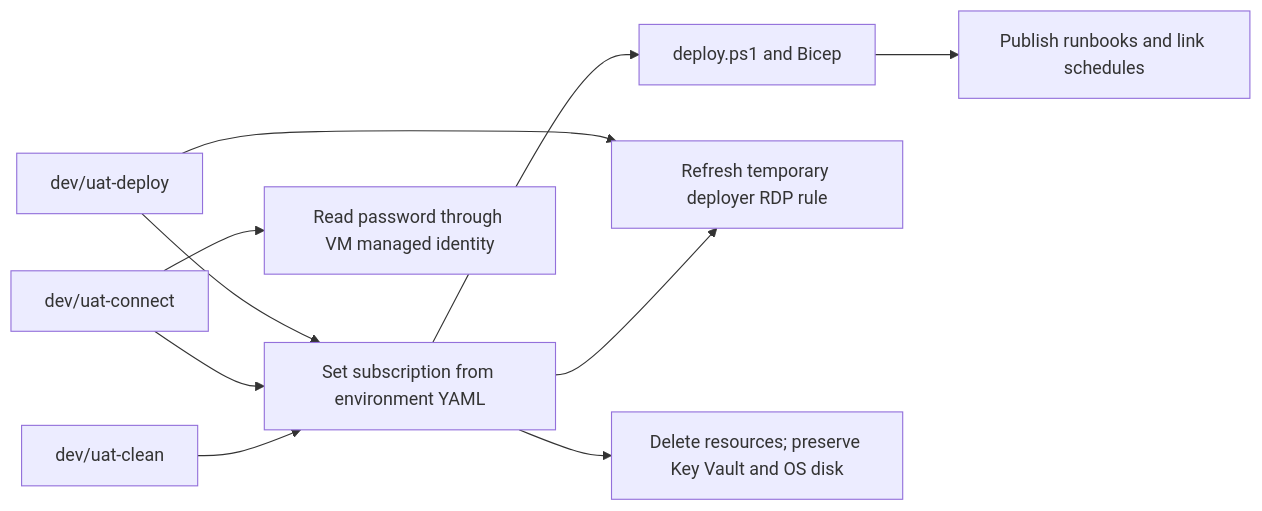
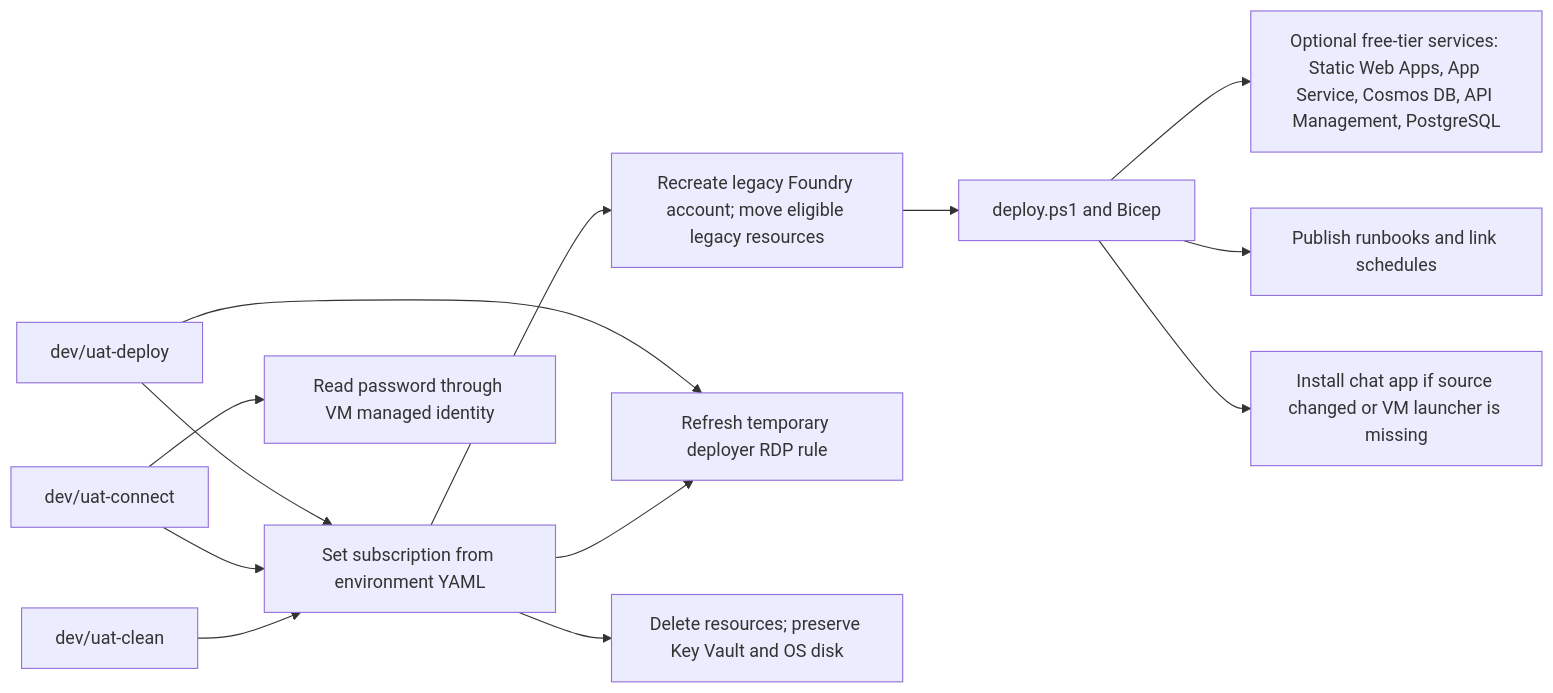
The diagram in README.md (abzach/ai-infra-bicep), drawn with Mermaid before and after one commit. The commit also changed other lines of this file and 60 other files, not shown here.

First line of the commit message:
Expand private Foundry platform services

````diff
--- a/README.md
+++ b/README.md
@@ -53,12 +61,15 @@
 ```mermaid
 flowchart LR
    Deploy[dev/uat-deploy] --> Context[Set subscription from environment YAML]
-   Context --> Bicep[deploy.ps1 and Bicep]
+   Context --> Migration[Recreate legacy Foundry account; move eligible legacy resources]
+   Migration --> Bicep[deploy.ps1 and Bicep]
+   Bicep --> Services[Optional free-tier services: Static Web Apps, App Service, Cosmos DB, API Management, PostgreSQL]
    Bicep --> Publish[Publish runbooks and link schedules]
+   Bicep --> Bootstrap[Install chat app if source changed or VM launcher is missing]
    Deploy --> Rdp[Refresh temporary deployer RDP rule]
    Connect[dev/uat-connect] --> Context
    Context --> Rdp
    Connect --> Password[Read password through VM managed identity]
    Clean[dev/uat-clean] --> Context
    Context --> Preserve[Delete resources; preserve Key Vault and OS disk]
 ```
````
